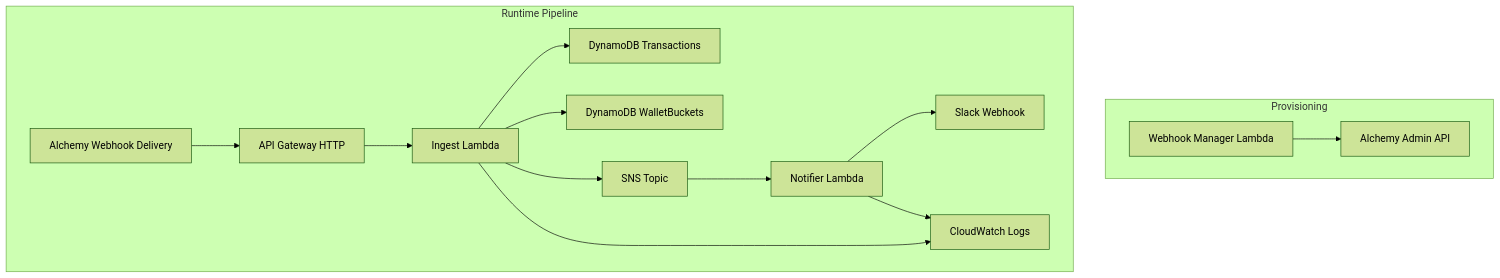
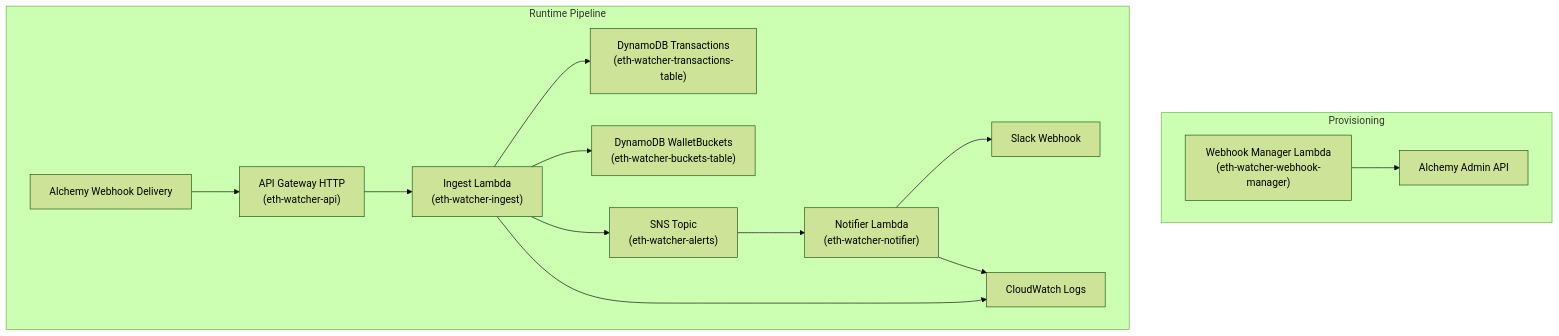
One commit to jimesal/serverless-eth-watcher changed the first of 2 diagrams in README.md. Above: the diagram before and after it, drawn with Mermaid (forest theme). The commit also changed other lines of this file and 2 other files, not shown here.

````diff
--- a/README.md
+++ b/README.md
@@ -13,18 +13,18 @@
 ```mermaid
 flowchart TB
   subgraph Provisioning
-    W[Webhook Manager Lambda] --> X[Alchemy Admin API]
+    W["Webhook Manager Lambda<br/>(eth-watcher-webhook-manager)"] --> X["Alchemy Admin API"]
   end
 
   subgraph Runtime Pipeline
-    A[Alchemy Webhook Delivery] --> B[API Gateway HTTP]
-    B --> C[Ingest Lambda]
-    C --> D[DynamoDB Transactions]
-    C --> E[DynamoDB WalletBuckets]
-    C --> F[SNS Topic]
-    F --> G[Notifier Lambda]
-    G --> H[Slack Webhook]
-    C --> I[CloudWatch Logs]
+    A["Alchemy Webhook Delivery"] --> B["API Gateway HTTP<br/>(eth-watcher-api)"]
+    B --> C["Ingest Lambda<br/>(eth-watcher-ingest)"]
+    C --> D["DynamoDB Transactions<br/>(eth-watcher-transactions-table)"]
+    C --> E["DynamoDB WalletBuckets<br/>(eth-watcher-buckets-table)"]
+    C --> F["SNS Topic<br/>(eth-watcher-alerts)"]
+    F --> G["Notifier Lambda<br/>(eth-watcher-notifier)"]
+    G --> H["Slack Webhook"]
+    C --> I["CloudWatch Logs"]
     G --> I
   end
 ```
````
